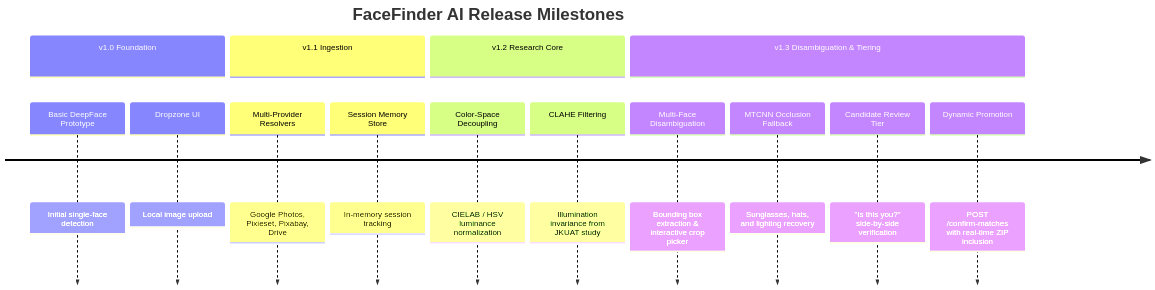
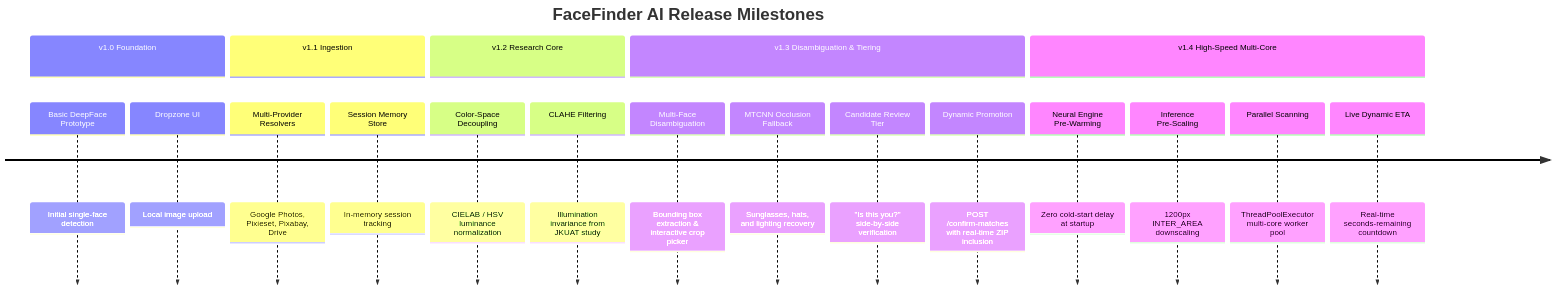
Before and after one commit to Officialkid/facefinder: the first of 2 diagrams in docs/SYSTEM_WALKTHROUGH.md, drawn with Mermaid. The commit also changed other lines of this file and 5 other files, not shown here.

Commit message:
feat: neural pre-warming, inference pre-scaling, multi-core scan, and live ETA

````diff
--- a/docs/SYSTEM_WALKTHROUGH.md
+++ b/docs/SYSTEM_WALKTHROUGH.md
@@ -25,18 +25,23 @@
 ```mermaid
 timeline
     title FaceFinder AI Release Milestones
     section v1.0 Foundation
         Basic DeepFace Prototype : Initial single-face detection
         Dropzone UI : Local image upload
     section v1.1 Ingestion
         Multi-Provider Resolvers : Google Photos, Pixieset, Pixabay, Drive
         Session Memory Store : In-memory session tracking
     section v1.2 Research Core
         Color-Space Decoupling : CIELAB / HSV luminance normalization
         CLAHE Filtering : Illumination invariance from JKUAT study
     section v1.3 Disambiguation & Tiering
         Multi-Face Disambiguation : Bounding box extraction & interactive crop picker
         MTCNN Occlusion Fallback : Sunglasses, hats, and lighting recovery
         Candidate Review Tier : "Is this you?" side-by-side verification
         Dynamic Promotion : POST /confirm-matches with real-time ZIP inclusion
+    section v1.4 High-Speed Multi-Core
+        Neural Engine Pre-Warming : Zero cold-start delay at startup
+        Inference Pre-Scaling : 1200px INTER_AREA downscaling
+        Parallel Scanning : ThreadPoolExecutor multi-core worker pool
+        Live Dynamic ETA : Real-time seconds-remaining countdown
 ```
````
